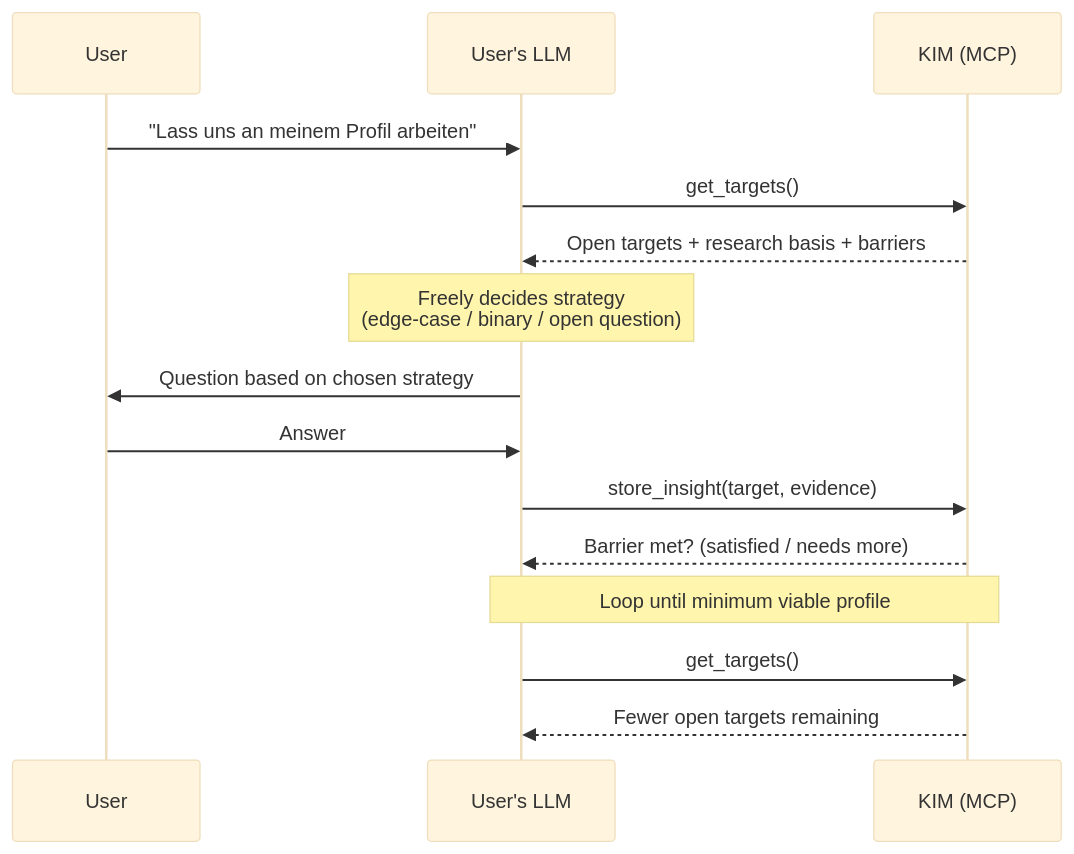
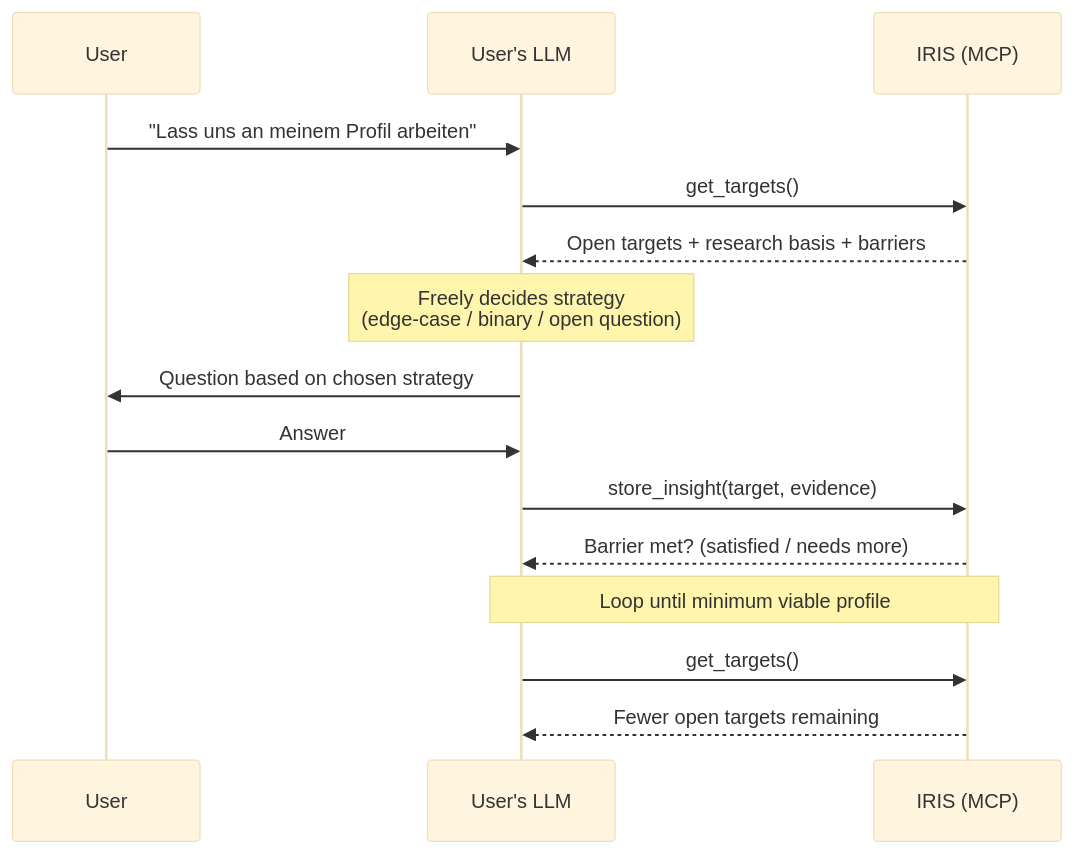
The third of 7 diagrams in ARCHITECTURE.md (JuanWiegmann/IRIS), drawn with Mermaid (base theme) before and after one commit. The commit also changed other lines of this file and 70 other files, not shown here.

````diff
--- a/ARCHITECTURE.md
+++ b/ARCHITECTURE.md
@@ -142,22 +142,22 @@
 ```mermaid
 sequenceDiagram
     participant U as User
     participant LLM as User's LLM
-    participant KIM as KIM (MCP)
+    participant IRIS as IRIS (MCP)
 
     U->>LLM: "Lass uns an meinem Profil arbeiten"
-    LLM->>KIM: get_targets()
-    KIM-->>LLM: Open targets + research basis + barriers
+    LLM->>IRIS: get_targets()
+    IRIS-->>LLM: Open targets + research basis + barriers
 
     Note over LLM: Freely decides strategy<br>(edge-case / binary / open question)
 
     LLM->>U: Question based on chosen strategy
     U->>LLM: Answer
-    LLM->>KIM: store_insight(target, evidence)
-    KIM-->>LLM: Barrier met? (satisfied / needs more)
+    LLM->>IRIS: store_insight(target, evidence)
+    IRIS-->>LLM: Barrier met? (satisfied / needs more)
 
-    Note over LLM,KIM: Loop until minimum viable profile
+    Note over LLM,IRIS: Loop until minimum viable profile
 
-    LLM->>KIM: get_targets()
-    KIM-->>LLM: Fewer open targets remaining
+    LLM->>IRIS: get_targets()
+    IRIS-->>LLM: Fewer open targets remaining
 ```
````
